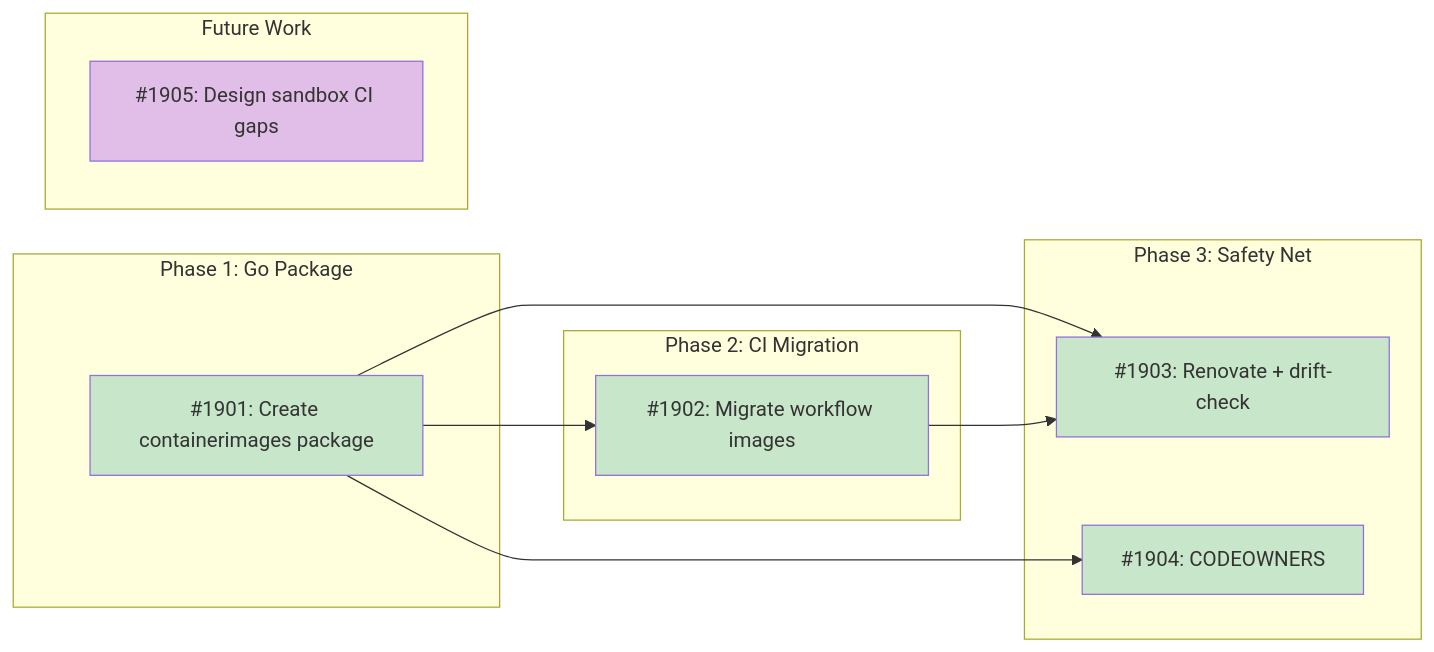
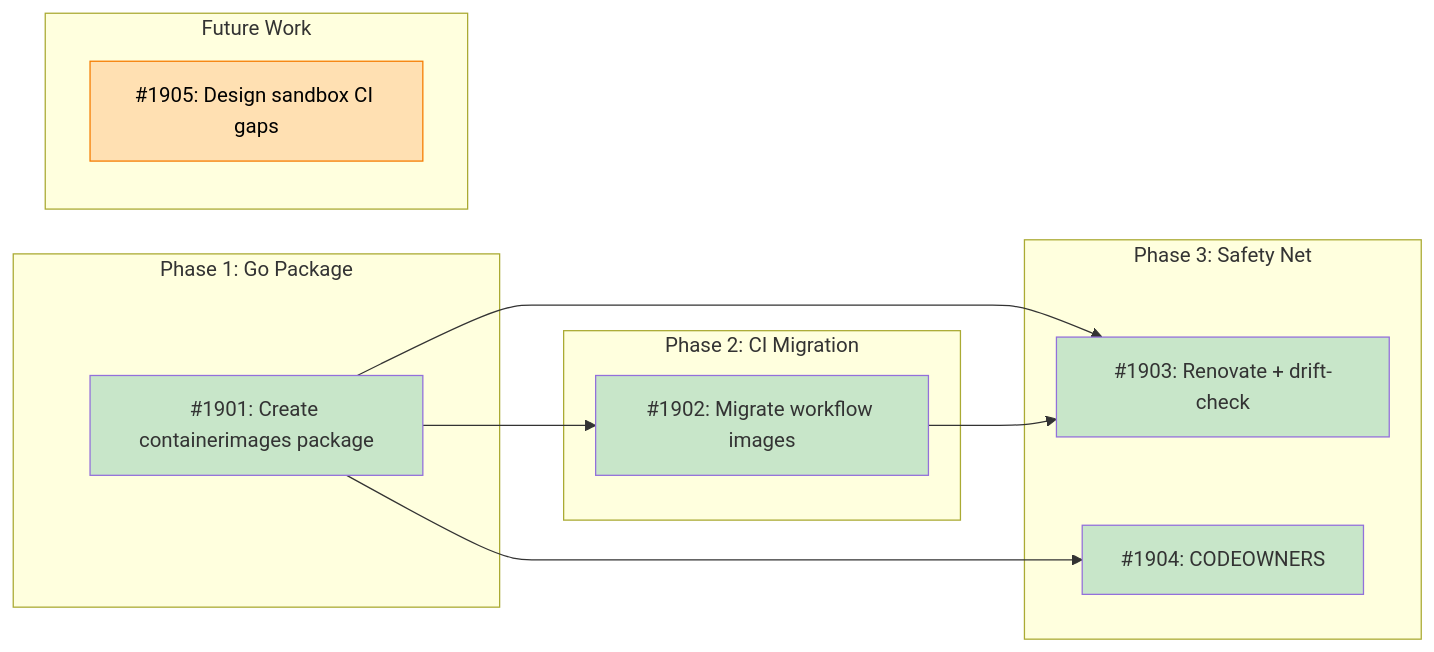
The diagram in docs/designs/DESIGN-sandbox-image-unification.md (tsukumogami/tsuku), drawn with Mermaid before and after one commit. The commit also changed other lines of this file, not shown here.

Commit message:
docs(sandbox): update parent design to track sandbox CI integration child
Update issue #1905 from needsDesign to tracksDesign in the dependency
graph and add child design reference row.

````diff
--- a/docs/designs/DESIGN-sandbox-image-unification.md
+++ b/docs/designs/DESIGN-sandbox-image-unification.md
@@ -53,36 +54,36 @@
 ```mermaid
 graph LR
     subgraph Phase1["Phase 1: Go Package"]
         I1901["#1901: Create containerimages package"]
     end
 
     subgraph Phase2["Phase 2: CI Migration"]
         I1902["#1902: Migrate workflow images"]
     end
 
     subgraph Phase3["Phase 3: Safety Net"]
         I1903["#1903: Renovate + drift-check"]
         I1904["#1904: CODEOWNERS"]
     end
 
     subgraph Future["Future Work"]
         I1905["#1905: Design sandbox CI gaps"]
     end
 
     I1901 --> I1902
     I1901 --> I1903
     I1901 --> I1904
     I1902 --> I1903
 
     classDef done fill:#c8e6c9
     classDef ready fill:#bbdefb
     classDef blocked fill:#fff9c4
     classDef needsDesign fill:#e1bee7
     classDef tracksDesign fill:#FFE0B2,stroke:#F57C00,color:#000
 
     class I1901 done
     class I1902 done
     class I1904 done
     class I1903 done
-    class I1905 needsDesign
+    class I1905 tracksDesign
 ```
````
